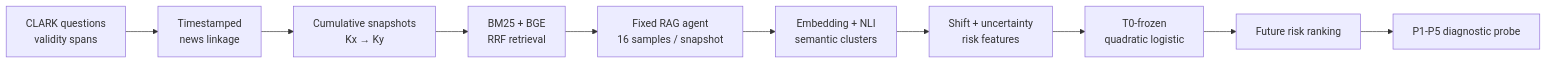
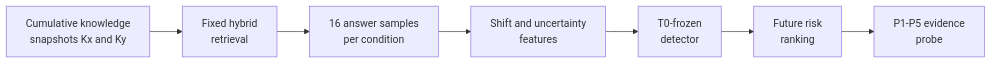
The diagram in README.md (yoon-chan-hyeok/temporal-rag-drift), drawn with Mermaid before and after one commit. The commit also changed other lines of this file and 4 other files, not shown here.

````diff
--- a/README.md
+++ b/README.md
@@ -56,12 +26,9 @@
 ```mermaid
 flowchart LR
-    A["CLARK questions<br/>validity spans"] --> B["Timestamped<br/>news linkage"]
-    B --> C["Cumulative snapshots<br/>Kx → Ky"]
-    C --> D["BM25 + BGE<br/>RRF retrieval"]
-    D --> E["Fixed RAG agent<br/>16 samples / snapshot"]
-    E --> F["Embedding + NLI<br/>semantic clusters"]
-    F --> G["Shift + uncertainty<br/>risk features"]
-    G --> H["T0-frozen<br/>quadratic logistic"]
-    H --> I["Future risk ranking"]
-    I --> J["P1-P5 diagnostic probe"]
+    A["Cumulative knowledge<br/>snapshots Kx and Ky"] --> B["Fixed hybrid<br/>retrieval"]
+    B --> C["16 answer samples<br/>per condition"]
+    C --> D["Shift and uncertainty<br/>features"]
+    D --> E["T0-frozen<br/>detector"]
+    E --> F["Future risk<br/>ranking"]
+    F --> G["P1-P5 evidence<br/>probe"]
 ```
````
